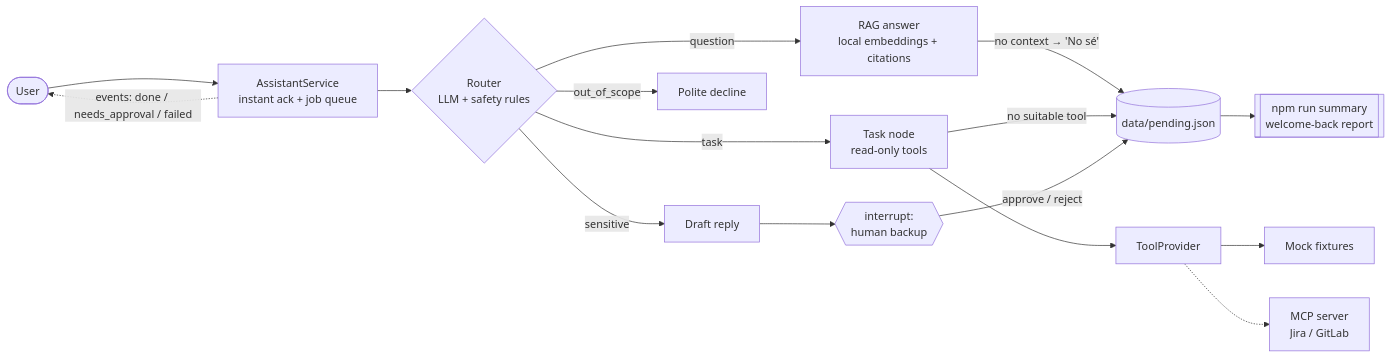
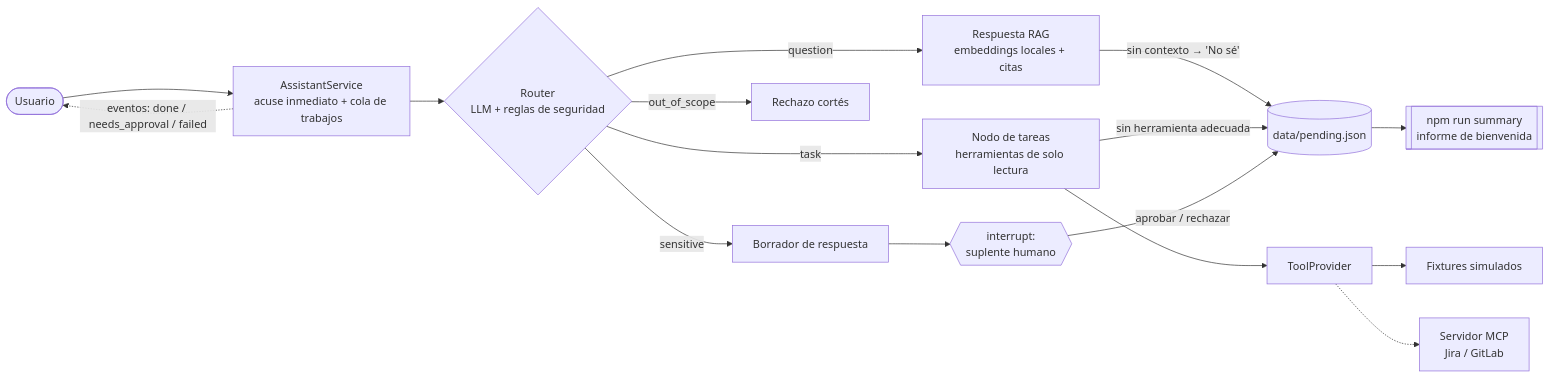
One commit to serranitoFlock/suplente-digital changed the diagram in README.md. Above: the diagram before and after it, drawn with Mermaid. The commit also changed other lines of this file, not shown here.

````diff
--- a/README.md
+++ b/README.md
@@ -88,17 +88,17 @@
 ```mermaid
 flowchart LR
-    U([User]) --> SV[AssistantService<br/>instant ack + job queue]
-    SV -. "events: done / needs_approval / failed" .-> U
-    SV --> R{Router<br/>LLM + safety rules}
-    R -- question --> A[RAG answer<br/>local embeddings + citations]
-    R -- task --> T[Task node<br/>read-only tools]
-    R -- sensitive --> D[Draft reply] --> H{{interrupt:<br/>human backup}}
-    R -- out_of_scope --> O[Polite decline]
-    A -- "no context → 'No sé'" --> P[(data/pending.json)]
-    T -- no suitable tool --> P
-    H -- approve / reject --> P
+    U([Usuario]) --> SV[AssistantService<br/>acuse inmediato + cola de trabajos]
+    SV -. "eventos: done / needs_approval / failed" .-> U
+    SV --> R{Router<br/>LLM + reglas de seguridad}
+    R -- question --> A[Respuesta RAG<br/>embeddings locales + citas]
+    R -- task --> T[Nodo de tareas<br/>herramientas de solo lectura]
+    R -- sensitive --> D[Borrador de respuesta] --> H{{interrupt:<br/>suplente humano}}
+    R -- out_of_scope --> O[Rechazo cortés]
+    A -- "sin contexto → 'No sé'" --> P[(data/pending.json)]
+    T -- sin herramienta adecuada --> P
+    H -- aprobar / rechazar --> P
     T --> TP[ToolProvider]
-    TP --> M[Mock fixtures]
-    TP -.-> MCP[MCP server<br/>Jira / GitLab]
-    P --> S[[npm run summary<br/>welcome-back report]]
+    TP --> M[Fixtures simulados]
+    TP -.-> MCP[Servidor MCP<br/>Jira / GitLab]
+    P --> S[[npm run summary<br/>informe de bienvenida]]
 ```
````
